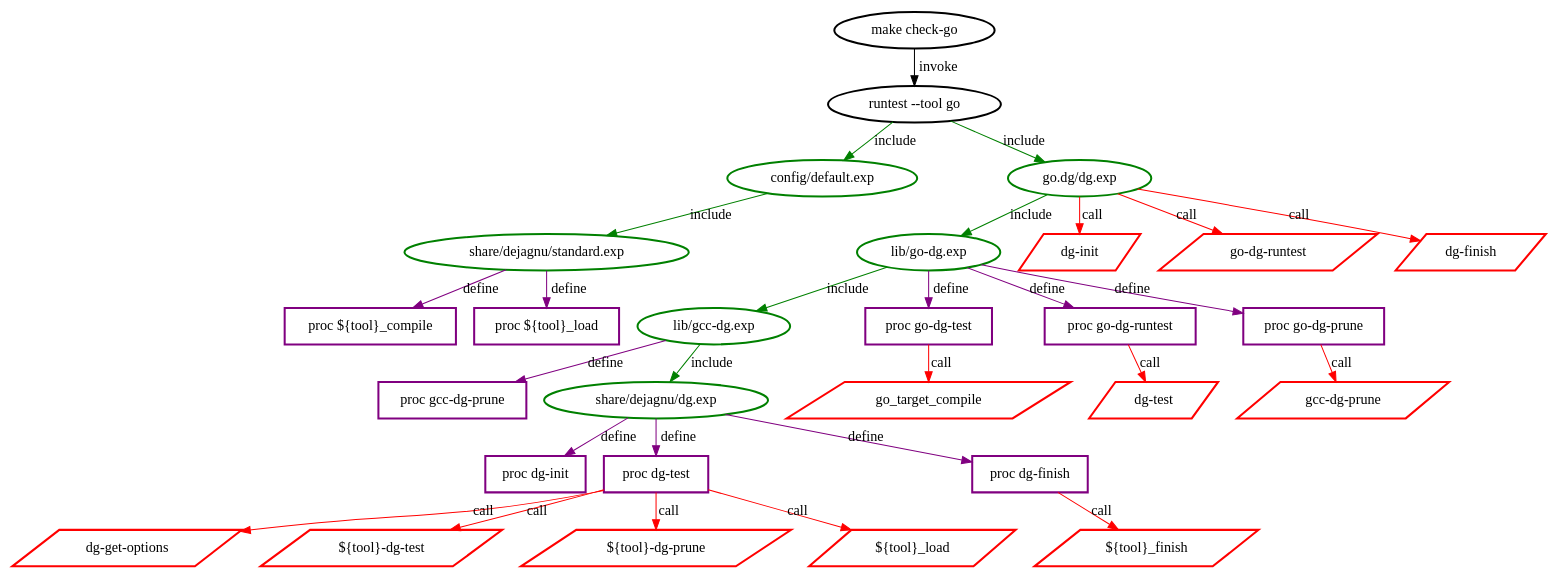
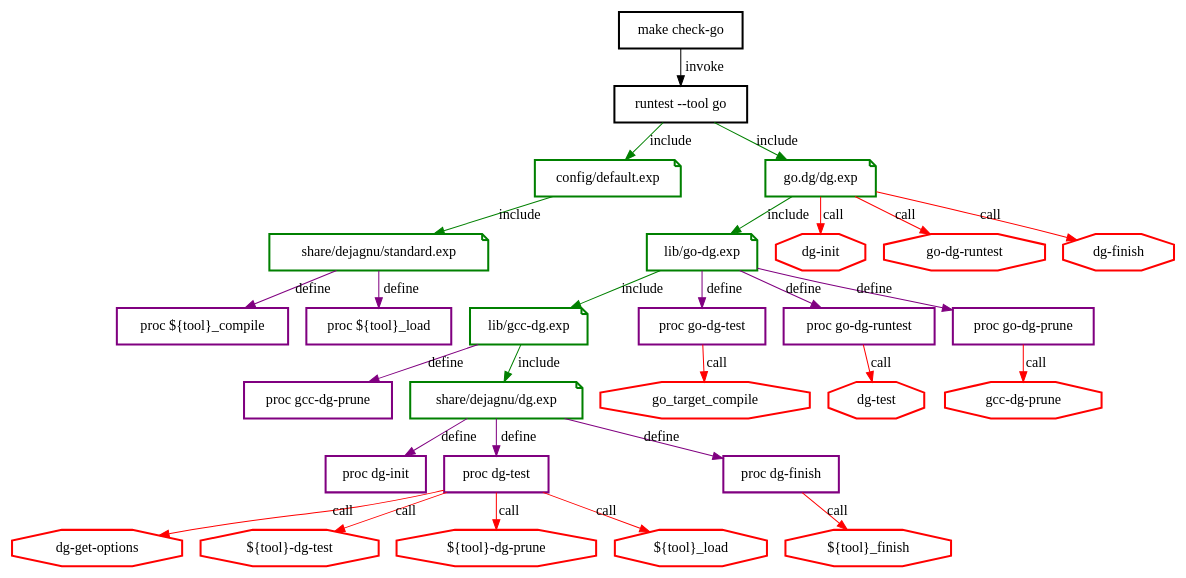
One commit to GCC-Tiny/gcc-tiny-docs-rtd changed the diagram in docs/source/part12_expect.dot. Above: the diagram before and after it, drawn with Graphviz.

Commit message:
part12: use note for included exp files, octagon for commands

```diff
--- a/docs/source/part12_expect.dot
+++ b/docs/source/part12_expect.dot
@@ -1,91 +1,91 @@
   digraph foo {
     edge [labelfloat=true]
-    node [color=green,penwidth=2.0]
+    node [color=green,penwidth=2.0,shape=note]
 
-    "make check-go" [color=black]
-    "runtest --tool go" [color=black]
+    "make check-go" [color=black,shape=box]
+    "runtest --tool go" [color=black,shape=box]
     "make check-go" -> "runtest --tool go" [label=invoke,color=black]
     "runtest --tool go" -> "config/default.exp" [label=include,color=green];
     "runtest --tool go" -> "go.dg/dg.exp" -> "lib/go-dg.exp" -> "lib/gcc-dg.exp" [label=include,color=green];
    
    //shape=box: proc definitions
    "proc ${tool}_compile" [shape=box,color=purple];
    "proc ${tool}_load" [shape=box,color=purple];
 
    "config/default.exp" -> "share/dejagnu/standard.exp" [label=include,color=green]
    "share/dejagnu/standard.exp" -> "proc ${tool}_load" [label=define,color=purple];
    "share/dejagnu/standard.exp" -> "proc ${tool}_compile" [label=define,color=purple];
 
-   //shape=parallelogram: commands
-   "dg-init" [shape=parallelogram,color=red];
-   "go-dg-runtest" [shape=parallelogram,color=red];
-   "dg-finish" [shape=parallelogram,color=red];
+   //shape=octagon: commands
+   "dg-init" [shape=octagon,color=red];
+   "go-dg-runtest" [shape=octagon,color=red];
+   "dg-finish" [shape=octagon,color=red];
 
    "go.dg/dg.exp" -> "dg-init" [label=call,color=red]
    "go.dg/dg.exp" -> "go-dg-runtest" [label=call,color=red]
    "go.dg/dg.exp" -> "dg-finish" [label=call,color=red]
 
    "proc dg-init" [shape=box,color=purple];
    "proc dg-test" [shape=box,color=purple];
    "proc dg-finish" [shape=box,color=purple];
    "proc gcc-dg-prune" [shape=box,color=purple];
-   "${tool}_finish" [shape=parallelogram,color=red];
+   "${tool}_finish" [shape=octagon,color=red];
    "lib/gcc-dg.exp" -> "proc gcc-dg-prune" [label=define,color=purple]
    "lib/gcc-dg.exp" -> "share/dejagnu/dg.exp" [label=include,color=green]
    "share/dejagnu/dg.exp" -> "proc dg-init" [label=define,color=purple]
    "share/dejagnu/dg.exp" -> "proc dg-test" [label=define,color=purple]
    "share/dejagnu/dg.exp" -> "proc dg-finish" [label=define,color=purple] 
    "proc dg-finish" -> "${tool}_finish" [label=call,color=red]
 
-   "dg-get-options" [shape=parallelogram,color=red];
-   "${tool}-dg-test" [shape=parallelogram,color=red];
-   "${tool}-dg-prune" [shape=parallelogram,color=red];
-   "${tool}_load" [shape=parallelogram,color=red];
+   "dg-get-options" [shape=octagon,color=red];
+   "${tool}-dg-test" [shape=octagon,color=red];
+   "${tool}-dg-prune" [shape=octagon,color=red];
+   "${tool}_load" [shape=octagon,color=red];
    "proc dg-test" -> "dg-get-options" [label=call,color=red]
    "proc dg-test" -> "${tool}-dg-test" [label=call,color=red]
    "proc dg-test" -> "${tool}-dg-prune" [label=call,color=red]
    "proc dg-test" -> "${tool}_load" [label=call,color=red]
 
    "proc go-dg-test" [shape=box,color=purple];
    "proc go-dg-runtest" [shape=box,color=purple];
    "proc go-dg-prune" [shape=box,color=purple];
 
    "lib/go-dg.exp" -> "proc go-dg-test" [label=define,color=purple]
    "lib/go-dg.exp" -> "proc go-dg-runtest" [label=define,color=purple]
    "lib/go-dg.exp" -> "proc go-dg-prune" [label=define,color=purple]
 
-   "go_target_compile" [shape=parallelogram,color=red];
+   "go_target_compile" [shape=octagon,color=red];
    "proc go-dg-test" -> "go_target_compile" [label=call,color=red]
 
-   "dg-test" [shape=parallelogram,color=red];
+   "dg-test" [shape=octagon,color=red];
    "proc go-dg-runtest" -> "dg-test" [label=call,color=red]
 
-   "gcc-dg-prune"  [shape=parallelogram,color=red];
+   "gcc-dg-prune"  [shape=octagon,color=red];
    "proc go-dg-prune" -> "gcc-dg-prune" [label=call,color=red]
     /*
 subgraph "gcc-dg.exp" { color=blue;
 
   "lib/gcc-dg.exp" -> "lib/dg.exp";
   "lib/gcc-dg.exp" -> "lib/file-format.exp";
   "lib/gcc-dg.exp" -> "lib/target-supports.exp";
   "lib/gcc-dg.exp" -> "lib/target-supports-dg.exp";
   "lib/gcc-dg.exp" -> "lib/scanasm.exp";
   "lib/gcc-dg.exp" -> "lib/scanrtl.exp";
   "lib/gcc-dg.exp" -> "lib/scantree.exp";
   "lib/gcc-dg.exp" -> "lib/scanltranstree.exp";
   "lib/gcc-dg.exp" -> "lib/scanipa.exp";
   "lib/gcc-dg.exp" -> "lib/scanwpaipa.exp";
   "lib/gcc-dg.exp" -> "lib/scanlang.exp";
   "lib/gcc-dg.exp" -> "lib/scansarif.exp";
   "lib/gcc-dg.exp" -> "lib/timeout.exp";
   "lib/gcc-dg.exp" -> "lib/timeout-dg.exp";
   "lib/gcc-dg.exp" -> "lib/prune.exp";
   "lib/gcc-dg.exp" -> "lib/libgloss.exp";
   "lib/gcc-dg.exp" -> "lib/target-libpath.exp";
   "lib/gcc-dg.exp" -> "lib/torture-options.exp";
   "lib/gcc-dg.exp" -> "lib/fortran-modules.exp";
   "lib/gcc-dg.exp" -> "lib/multiline.exp";
 }
 */
 
    }
```
